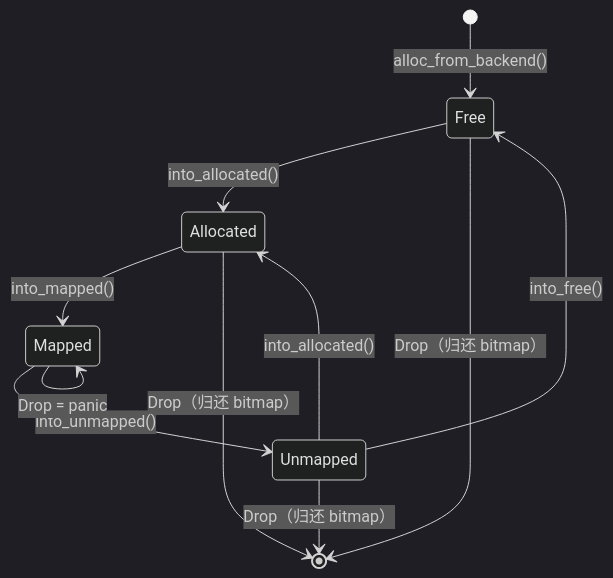
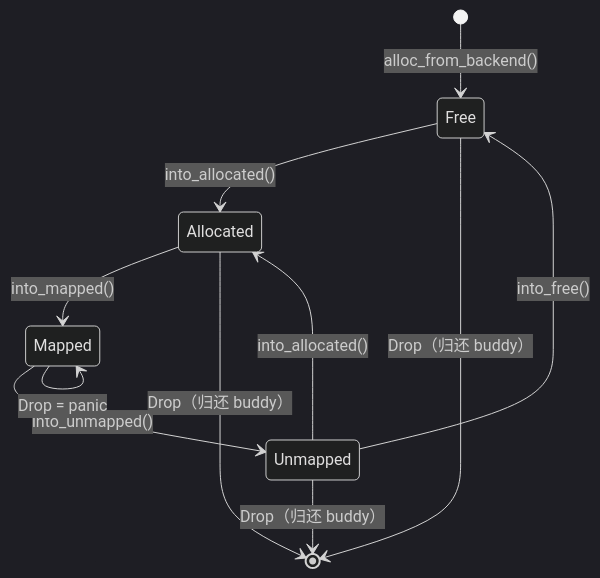
The diagram in crates/frame_allocator/README.md (MRNIU/SimpleKernel), drawn with Mermaid (dark theme) before and after one commit. The commit also changed other lines of this file and 10 other files, not shown here.

First line of the commit message:
refactor(frame_allocator): 替换 BitmapAllocator 为 buddy_system_allocator

````diff
--- a/crates/frame_allocator/README.md
+++ b/crates/frame_allocator/README.md
@@ -36,17 +36,17 @@
 ```mermaid
 stateDiagram-v2
     [*] --> Free : alloc_from_backend()
     Free --> Allocated : into_allocated()
 
     Allocated --> Mapped : into_mapped()
-    Allocated --> [*] : Drop（归还 bitmap）
+    Allocated --> [*] : Drop（归还 buddy）
 
     Mapped --> Unmapped : into_unmapped()
     Mapped --> Mapped : Drop = panic
 
     Unmapped --> Allocated : into_allocated()
     Unmapped --> Free : into_free()
-    Unmapped --> [*] : Drop（归还 bitmap）
+    Unmapped --> [*] : Drop（归还 buddy）
 
-    Free --> [*] : Drop（归还 bitmap）
+    Free --> [*] : Drop（归还 buddy）
 ```
````
